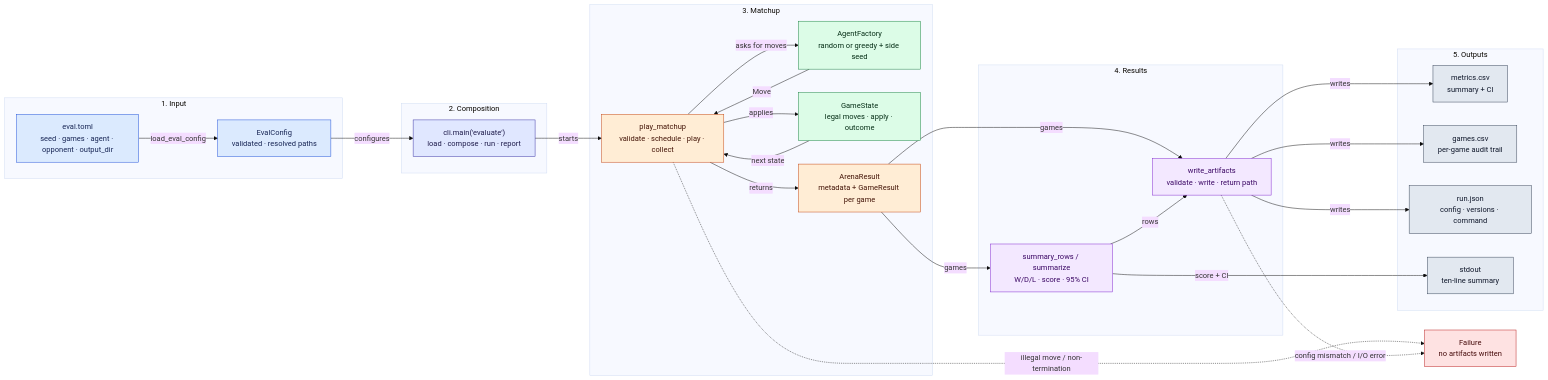
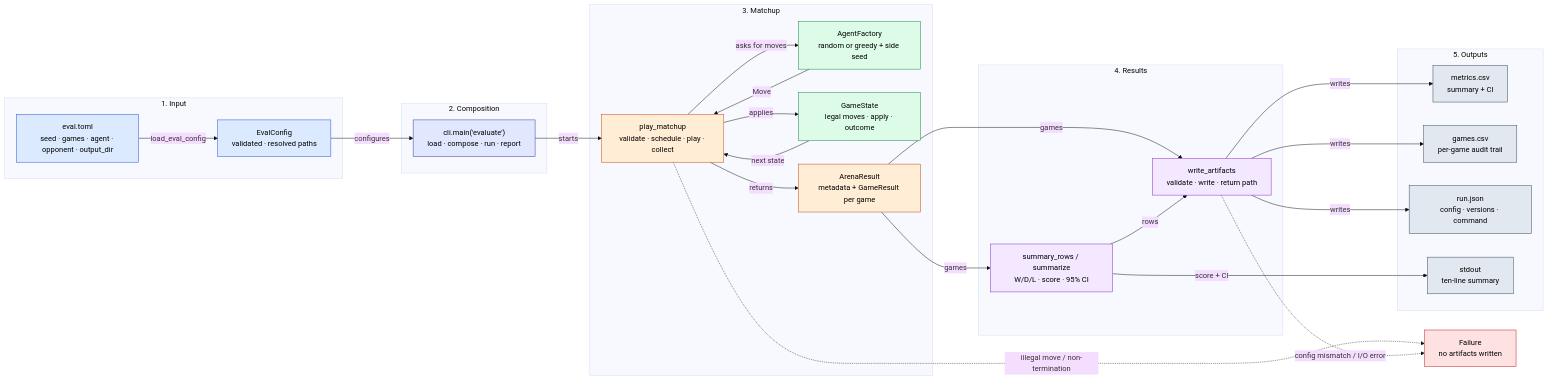
Before and after one commit to till75/RLCheckers: the first of 5 diagrams in docs/specs/0004-evaluation-arena.md, drawn with Mermaid (base theme). The commit also changed other lines of this file, not shown here.

Commit message:
docs(spec): use black text in Figure 1
Set every Figure 1 node label to #000000 so the renderer cannot fall back to grey text; keep the stage colour in the fill and stroke.

````diff
--- a/docs/specs/0004-evaluation-arena.md
+++ b/docs/specs/0004-evaluation-arena.md
@@ -25,65 +25,65 @@
 ```mermaid
 flowchart LR
   subgraph Input["1. Input"]
     TOML["eval.toml<br/>seed · games · agent · opponent · output_dir"]
     CFG["EvalConfig<br/>validated · resolved paths"]
     TOML -->|"load_eval_config"| CFG
   end
 
   subgraph Composition["2. Composition"]
     CLI["cli.main('evaluate')<br/>load · compose · run · report"]
     CFG -->|"configures"| CLI
   end
 
   subgraph Matchup["3. Matchup"]
     ARENA["play_matchup<br/>validate · schedule · play · collect"]
     AGENTS["AgentFactory<br/>random or greedy + side seed"]
     RULES["GameState<br/>legal moves · apply · outcome"]
     RESULT["ArenaResult<br/>metadata + GameResult per game"]
     CLI -->|"starts"| ARENA
     ARENA -->|"asks for moves"| AGENTS
     AGENTS -->|"Move"| ARENA
     ARENA -->|"applies"| RULES
     RULES -->|"next state"| ARENA
     ARENA -->|"returns"| RESULT
   end
 
   subgraph Results["4. Results"]
     METRICS["summary_rows / summarize<br/>W/D/L · score · 95% CI"]
     WRITE["write_artifacts<br/>validate · write · return path"]
     RESULT -->|"games"| METRICS
     RESULT -->|"games"| WRITE
     METRICS -->|"rows"| WRITE
   end
 
   subgraph Outputs["5. Outputs"]
     M["metrics.csv<br/>summary + CI"]
     G["games.csv<br/>per-game audit trail"]
     J["run.json<br/>config · versions · command"]
     OUT["stdout<br/>ten-line summary"]
     WRITE -->|"writes"| M
     WRITE -->|"writes"| G
     WRITE -->|"writes"| J
     METRICS -->|"score + CI"| OUT
   end
 
   FAIL["Failure<br/>no artifacts written"]
   ARENA -.->|"illegal move / non-termination"| FAIL
   WRITE -.->|"config mismatch / I/O error"| FAIL
 
-  classDef input fill:#dbeafe,stroke:#1d4ed8,color:#172554
-  classDef compose fill:#e0e7ff,stroke:#3730a3,color:#1e1b4b
-  classDef arena fill:#ffedd5,stroke:#c2410c,color:#431407
-  classDef rules fill:#dcfce7,stroke:#15803d,color:#052e16
-  classDef result fill:#f3e8ff,stroke:#7e22ce,color:#3b0764
-  classDef output fill:#e2e8f0,stroke:#334155,color:#0f172a
-  classDef fail fill:#fee2e2,stroke:#b91c1c,color:#450a0a
+  classDef input fill:#dbeafe,stroke:#1d4ed8,color:#000000
+  classDef compose fill:#e0e7ff,stroke:#3730a3,color:#000000
+  classDef arena fill:#ffedd5,stroke:#c2410c,color:#000000
+  classDef rules fill:#dcfce7,stroke:#15803d,color:#000000
+  classDef result fill:#f3e8ff,stroke:#7e22ce,color:#000000
+  classDef output fill:#e2e8f0,stroke:#334155,color:#000000
+  classDef fail fill:#fee2e2,stroke:#b91c1c,color:#000000
 
   class TOML,CFG input
   class CLI compose
   class ARENA,RESULT arena
   class AGENTS,RULES rules
   class METRICS,WRITE result
   class M,G,J,OUT output
   class FAIL fail
 ```
````
